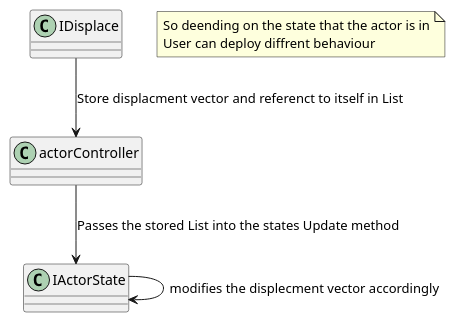
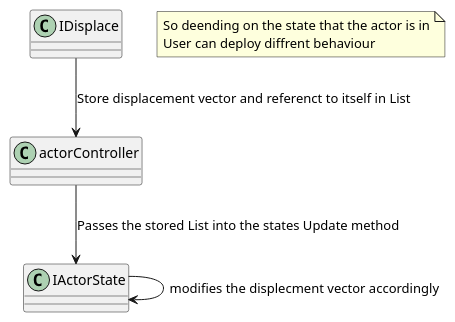
One commit to CZOLGOWUS/Unity_2d_Character_Controller changed the second of 2 diagrams in UMLs/src/Class_Diagram_Overview.puml. Above: the diagram before and after it, drawn with PlantUML. The commit also changed other lines of this file and 74 other files, not shown here.

```diff
--- a/UMLs/src/Class_Diagram_Overview.puml
+++ b/UMLs/src/Class_Diagram_Overview.puml
@@ -165,12 +163,12 @@
 @startuml InputToUpdate
 
-IDisplace --> actorController : Store displacment vector and referenct to itself in List
+IDisplace --> actorController : Store displacement vector and referenct to itself in List
 actorController --> IActorState : Passes the stored List into the states Update method
 IActorState -> IActorState : modifies the displecment vector accordingly
 
 note as exmplenatin
     So deending on the state that the actor is in
     User can deploy diffrent behaviour
 end note
 
 @enduml
```
